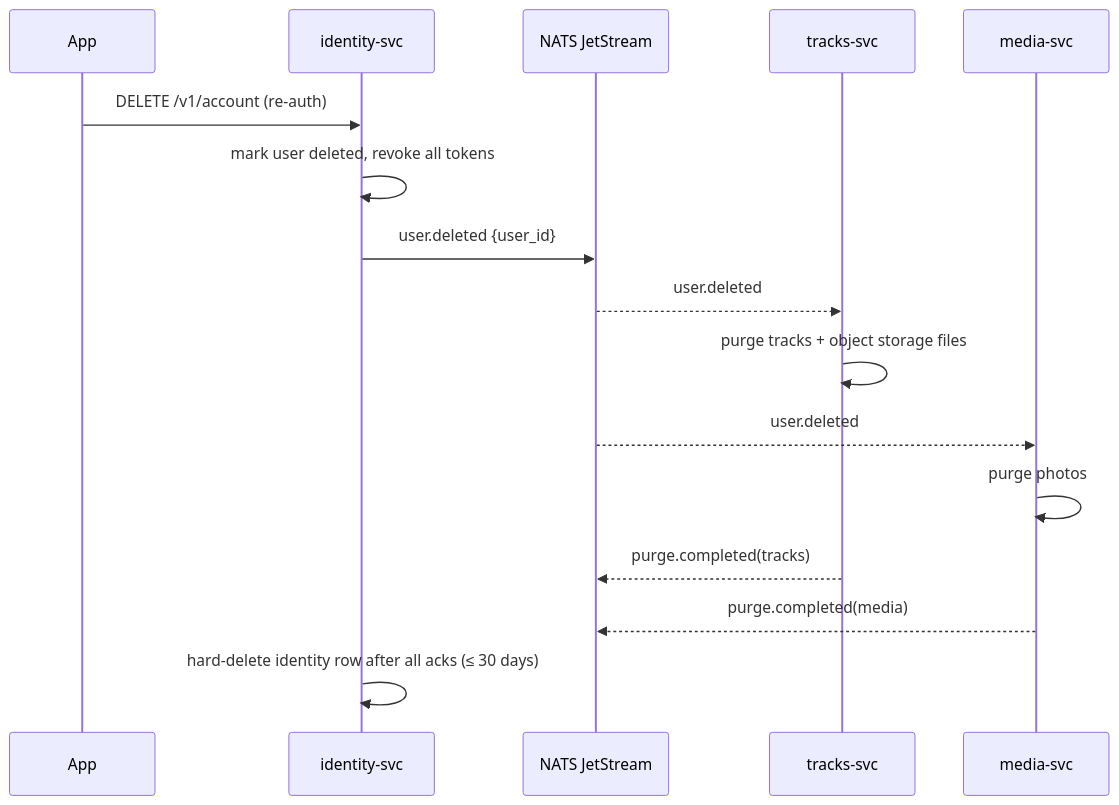
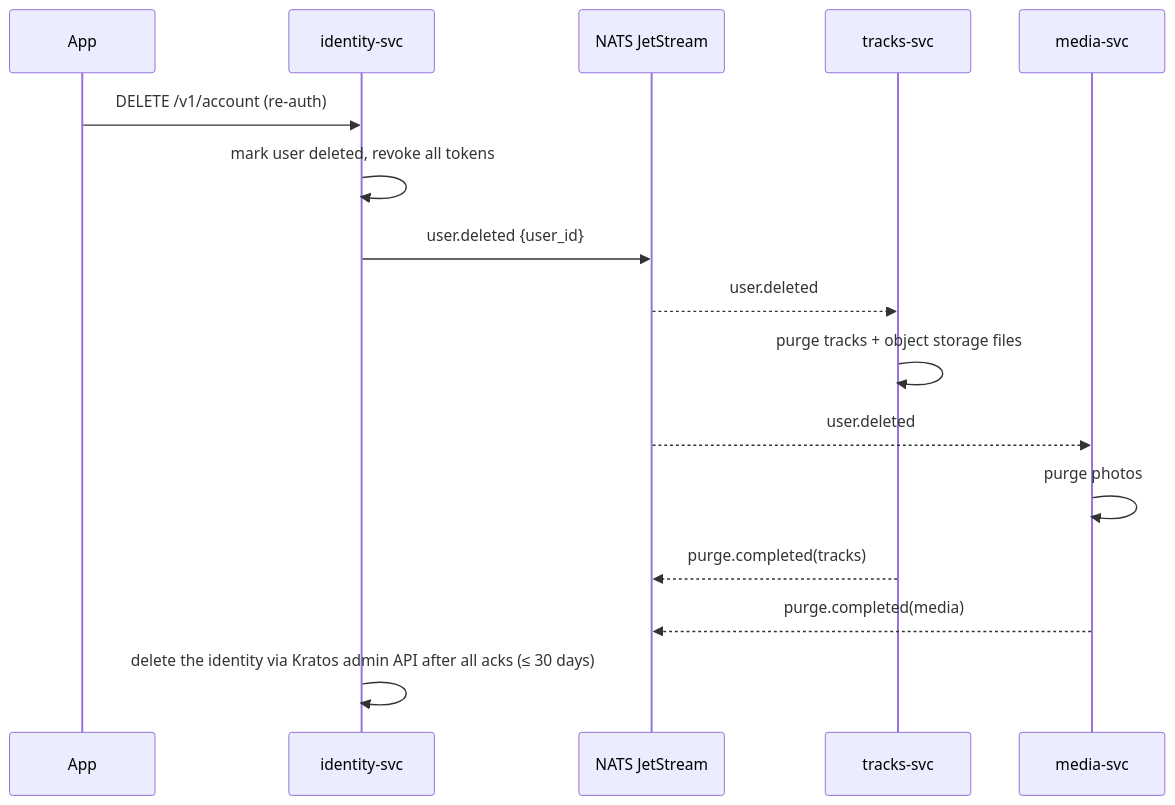
One commit to aret-app/aret-docs changed the third of 4 diagrams in docs/architecture.md. Above: the diagram before and after it, drawn with Mermaid. The commit also changed other lines of this file and 11 other files, not shown here.

````diff
--- a/docs/architecture.md
+++ b/docs/architecture.md
@@ -274,18 +275,18 @@
 ```mermaid
 sequenceDiagram
   participant App
   participant ID as identity-svc
   participant NATS as NATS JetStream
   participant TR as tracks-svc
   participant ME as media-svc
   App->>ID: DELETE /v1/account (re-auth)
   ID->>ID: mark user deleted, revoke all tokens
   ID->>NATS: user.deleted {user_id}
   NATS-->>TR: user.deleted
   TR->>TR: purge tracks + object storage files
   NATS-->>ME: user.deleted
   ME->>ME: purge photos
   TR-->>NATS: purge.completed(tracks)
   ME-->>NATS: purge.completed(media)
-  ID->>ID: hard-delete identity row after all acks (≤ 30 days)
+  ID->>ID: delete the identity via Kratos admin API after all acks (≤ 30 days)
 ```
````
